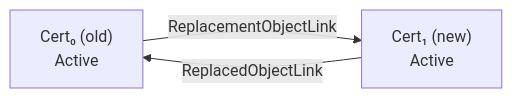
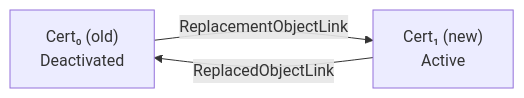
Before and after one commit to Cosmian/kms: the diagram in documentation/docs/kmip_support/key_rotation/_re-certify.md, drawn with Mermaid. The commit also changed other lines of this file and 278 other files, not shown here.

````diff
--- a/documentation/docs/kmip_support/key_rotation/_re-certify.md
+++ b/documentation/docs/kmip_support/key_rotation/_re-certify.md
@@ -155,5 +163,5 @@
 ```mermaid
 flowchart LR
-    C0["Cert₀ (old)<br/>Active"] -->|ReplacementObjectLink| C1["Cert₁ (new)<br/>Active"]
+    C0["Cert₀ (old)<br/>Deactivated"] -->|ReplacementObjectLink| C1["Cert₁ (new)<br/>Active"]
     C1 -->|ReplacedObjectLink| C0
 ```
````
